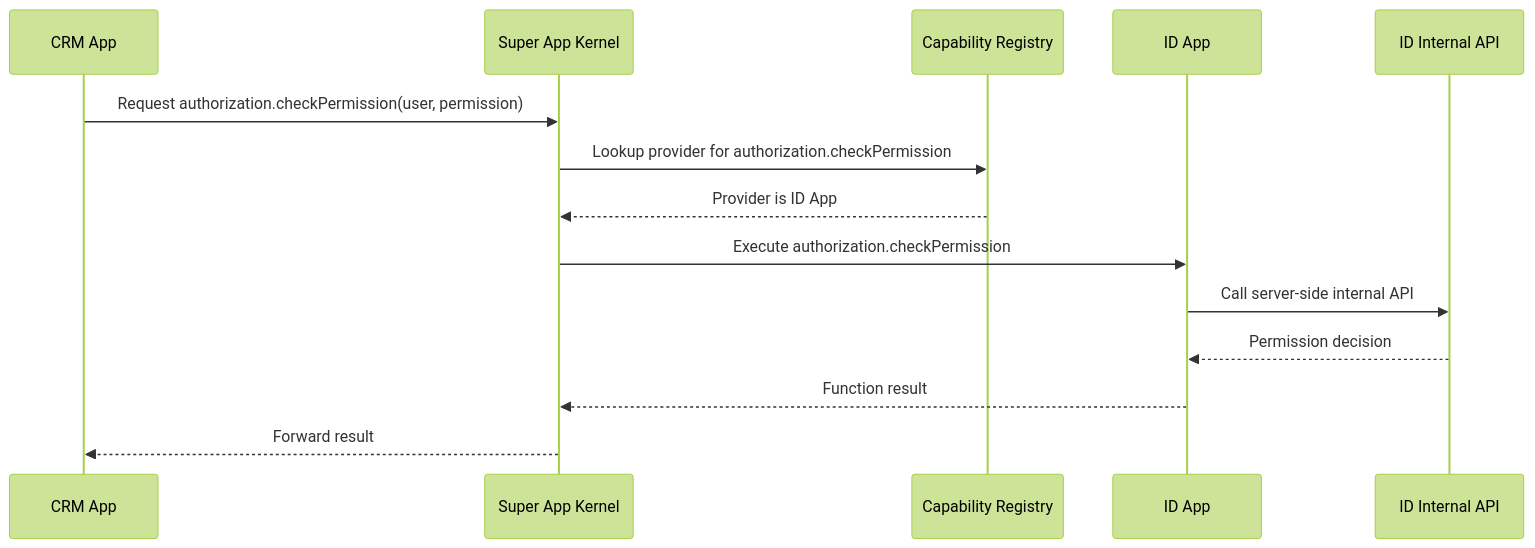
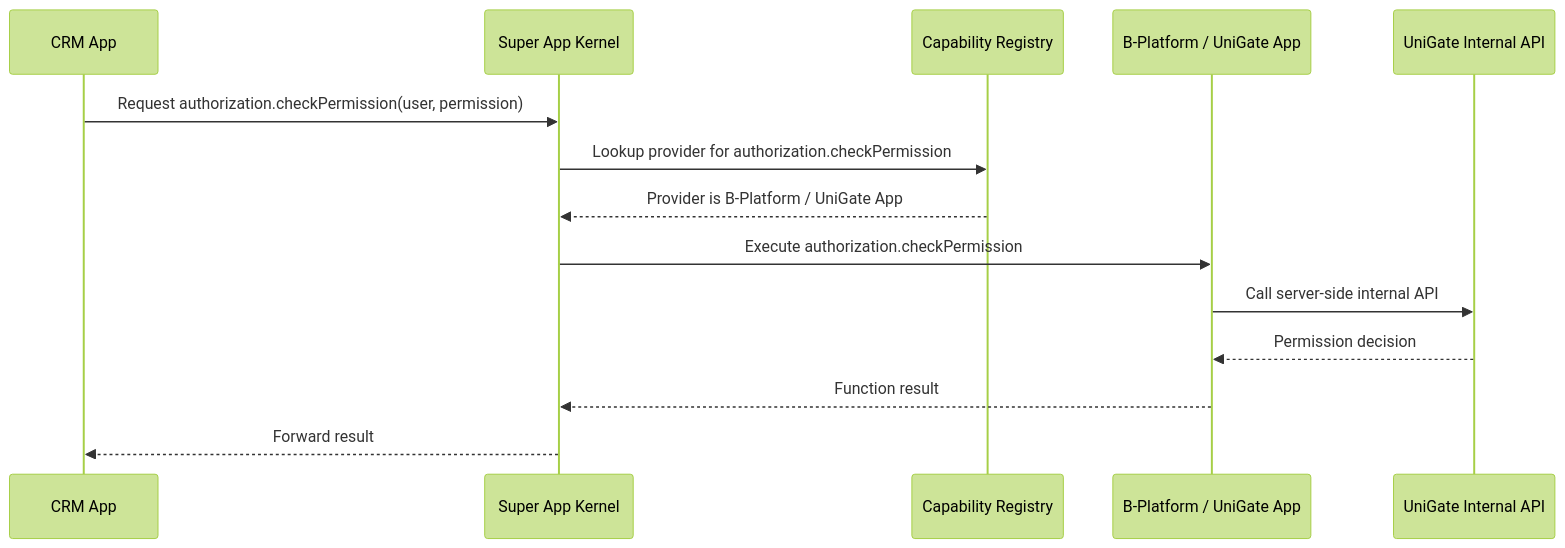
The third of 3 diagrams in products/bplatform-general/architecture/super-app.md (b-platform-vn/docs--business-requirements), drawn with Mermaid (forest theme) before and after one commit. The commit also changed other lines of this file and 24 other files, not shown here.

Commit message:
Add UniGate identity platform and B-Platform Super App design system

````diff
--- a/products/bplatform-general/architecture/super-app.md
+++ b/products/bplatform-general/architecture/super-app.md
@@ -342,17 +344,17 @@
 ```mermaid
 sequenceDiagram
     participant CRM as CRM App
     participant Kernel as Super App Kernel
     participant Registry as Capability Registry
-    participant ID as ID App
-    participant IDAPI as ID Internal API
+    participant UniGate as B-Platform / UniGate App
+    participant UniGateAPI as UniGate Internal API
 
     CRM->>Kernel: Request authorization.checkPermission(user, permission)
     Kernel->>Registry: Lookup provider for authorization.checkPermission
-    Registry-->>Kernel: Provider is ID App
-    Kernel->>ID: Execute authorization.checkPermission
-    ID->>IDAPI: Call server-side internal API
-    IDAPI-->>ID: Permission decision
-    ID-->>Kernel: Function result
+    Registry-->>Kernel: Provider is B-Platform / UniGate App
+    Kernel->>UniGate: Execute authorization.checkPermission
+    UniGate->>UniGateAPI: Call server-side internal API
+    UniGateAPI-->>UniGate: Permission decision
+    UniGate-->>Kernel: Function result
     Kernel-->>CRM: Forward result
 ```
````
